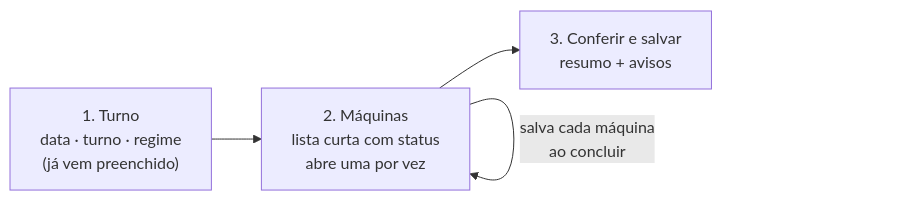
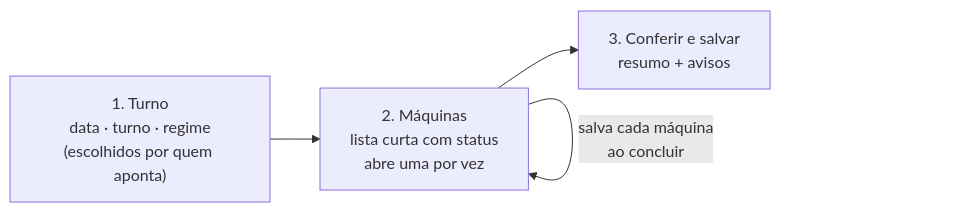
One commit to abnerlucena/Dashboard-Tomadas changed the diagram in docs/frontend/proposta-apontamento.md. Above: the diagram before and after it, drawn with Mermaid. The commit also changed other lines of this file and 3 other files, not shown here.

````diff
--- a/docs/frontend/proposta-apontamento.md
+++ b/docs/frontend/proposta-apontamento.md
@@ -30,6 +36,6 @@
 ```mermaid
 flowchart LR
-  A["1. Turno<br/>data · turno · regime<br/>(já vem preenchido)"] --> B["2. Máquinas<br/>lista curta com status<br/>abre uma por vez"]
+  A["1. Turno<br/>data · turno · regime<br/>(escolhidos por quem aponta)"] --> B["2. Máquinas<br/>lista curta com status<br/>abre uma por vez"]
   B --> C["3. Conferir e salvar<br/>resumo + avisos"]
   B -- "salva cada máquina<br/>ao concluir" --> B
 ```
````
